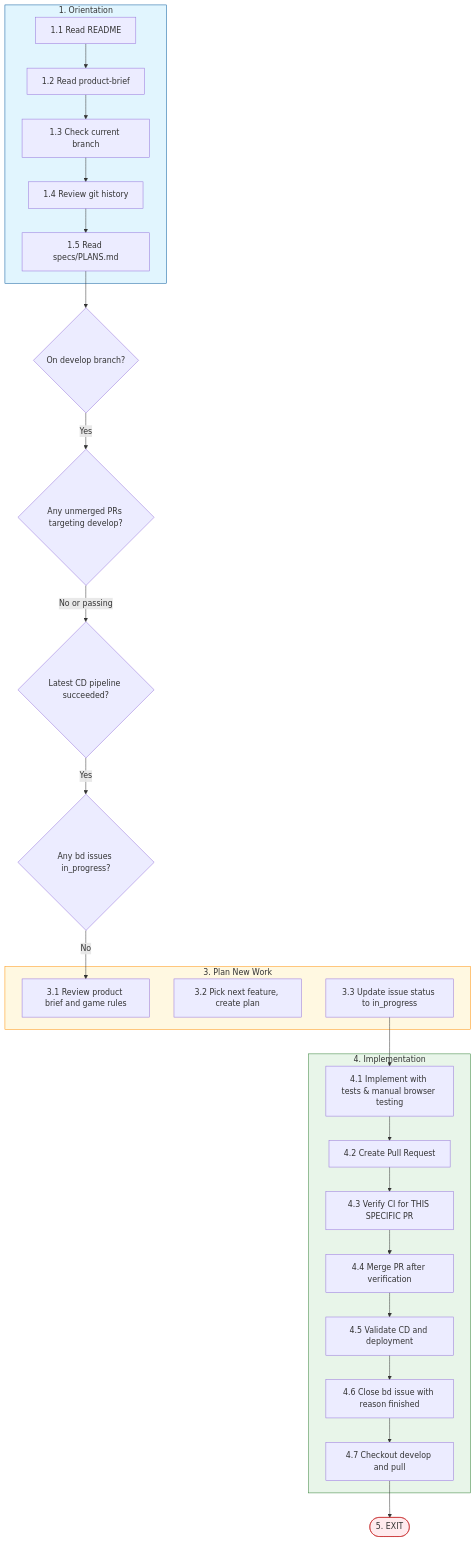
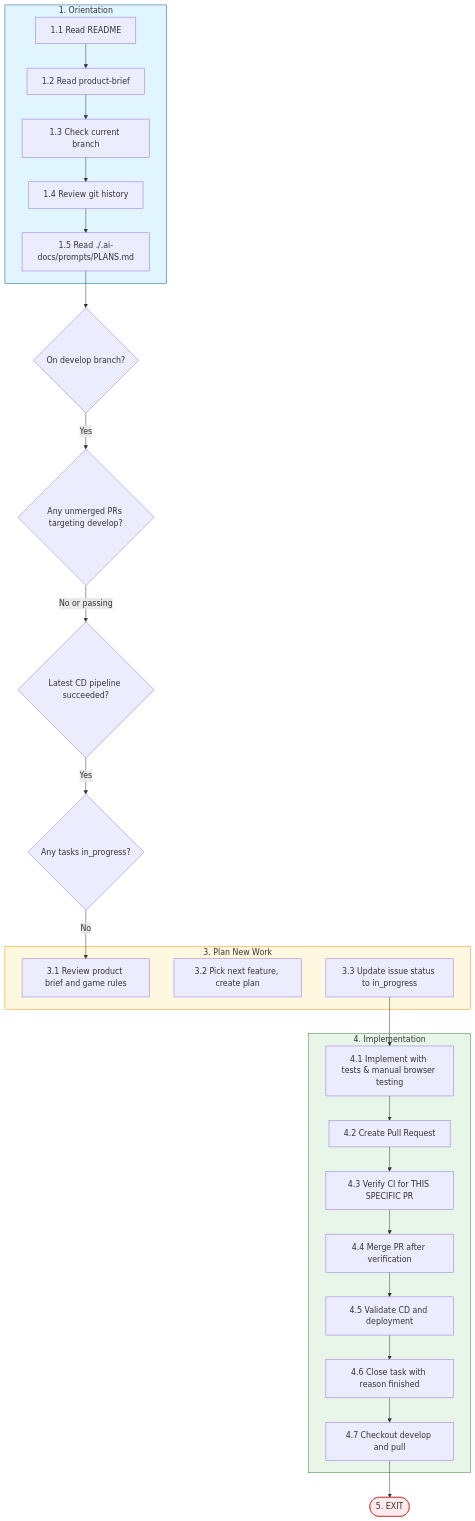
Before and after one commit to htxryan/ralph-tui: the diagram in .ralph/workflows/06-new-work.md, drawn with Mermaid. The commit also changed other lines of this file and 22 other files, not shown here.

````diff
--- a/.ralph/workflows/06-new-work.md
+++ b/.ralph/workflows/06-new-work.md
@@ -7,43 +7,43 @@
 ```mermaid
 flowchart TD
     subgraph orientation[1. Orientation]
         A1[1.1 Read README]
         A2[1.2 Read product-brief]
         A3[1.3 Check current branch]
         A4[1.4 Review git history]
-        A5[1.5 Read specs/PLANS.md]
+        A5[1.5 Read ./.ai-docs/prompts/PLANS.md]
         A1 --> A2 --> A3 --> A4 --> A5
     end
 
     A5 --> B{On develop branch?}
     B -->|Yes| D1{Any unmerged PRs targeting develop?}
     D1 -->|No or passing| E1{Latest CD pipeline succeeded?}
-    E1 -->|Yes| F1{Any bd issues in_progress?}
+    E1 -->|Yes| F1{Any tasks in_progress?}
     F1 -->|No| C1
 
     subgraph newWork[3. Plan New Work]
         C1[3.1 Review product brief and game rules]
         C2[3.2 Pick next feature, create plan]
         C3[3.3 Update issue status to in_progress]
     end
 
     C3 --> D1a
 
     subgraph implementation[4. Implementation]
         D1a[4.1 Implement with tests & manual browser testing]
         D2[4.2 Create Pull Request]
         D3[4.3 Verify CI for THIS SPECIFIC PR]
         D4[4.4 Merge PR after verification]
         D5[4.5 Validate CD and deployment]
-        D6[4.6 Close bd issue with reason finished]
+        D6[4.6 Close task with reason finished]
         D7[4.7 Checkout develop and pull]
         D1a --> D2 --> D3 --> D4 --> D5 --> D6 --> D7
     end
 
     D7 --> FINISH([5. EXIT])
 
     style orientation fill:#e1f5fe,stroke:#01579b
     style newWork fill:#fff8e1,stroke:#ff8f00
     style implementation fill:#e8f5e9,stroke:#2e7d32
     style FINISH fill:#ffebee,stroke:#c62828
 ```
````
